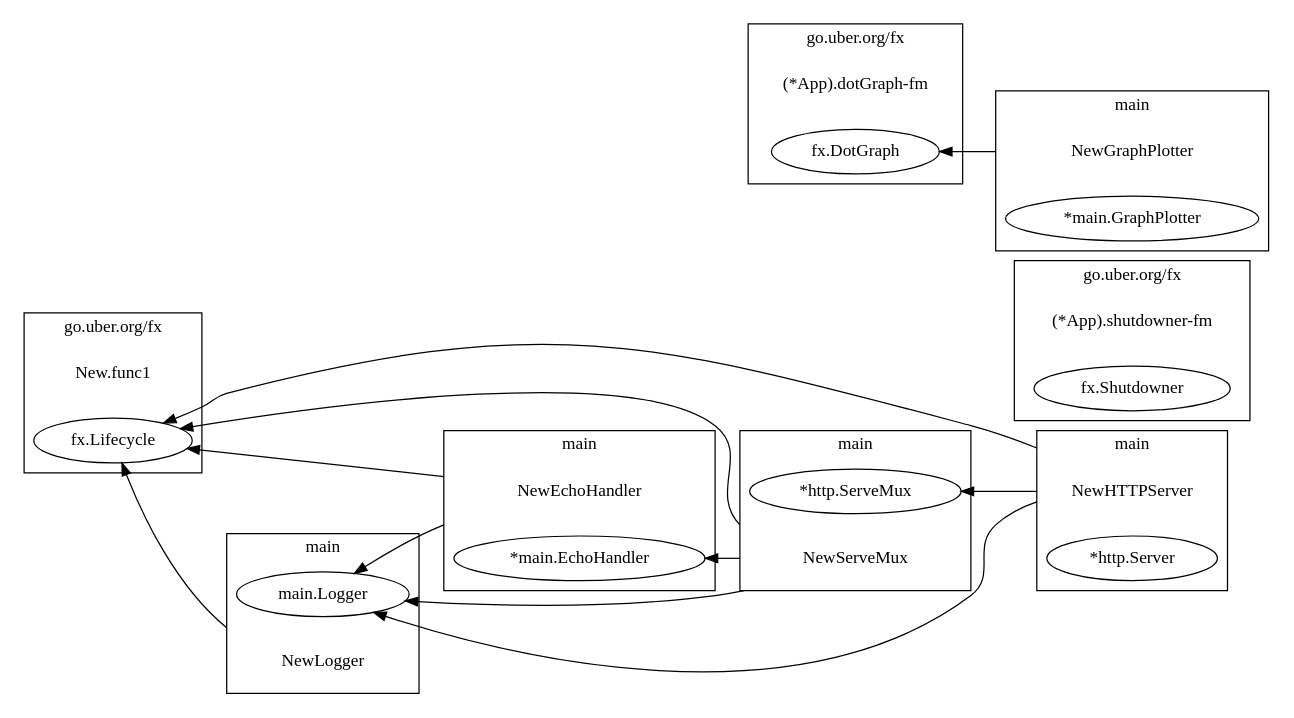
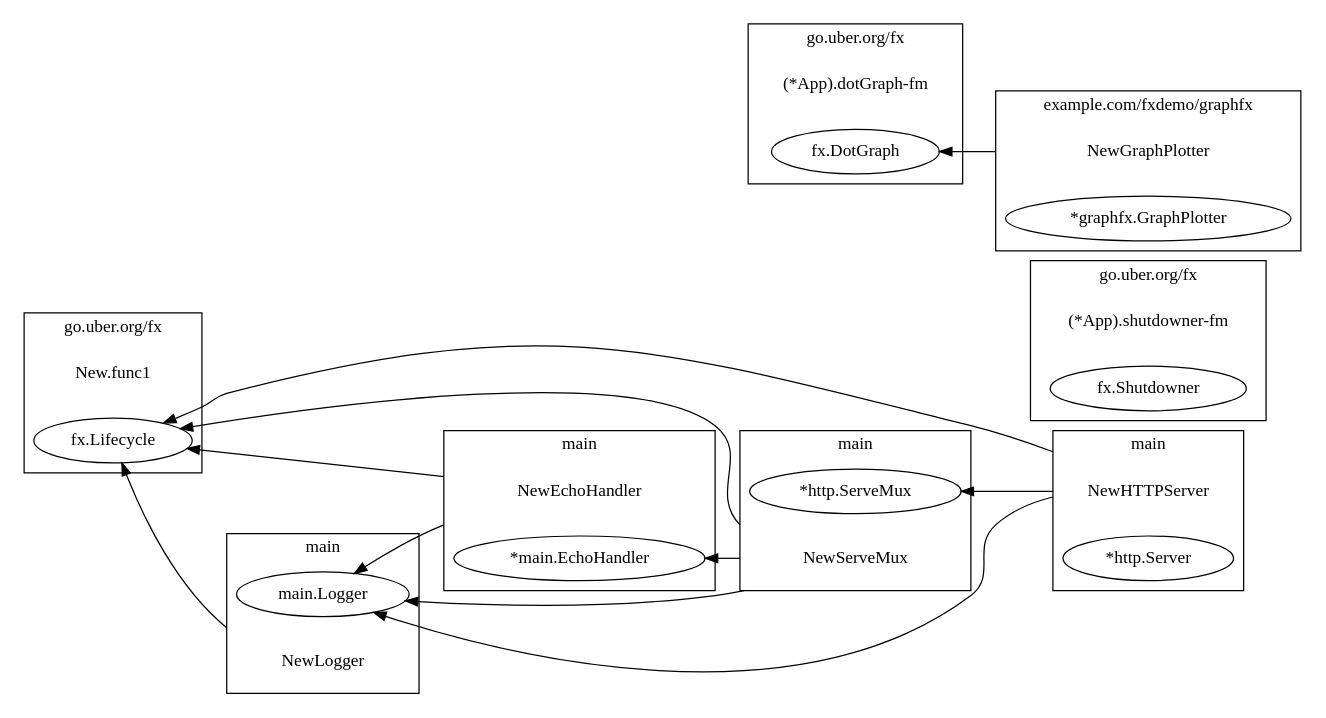
Before and after one commit to gemini-kenshi/fx-demo: the diagram in 1-dependency/dotGraph.dot, drawn with Graphviz. The commit also changed 8 other files, not shown here.

Commit message:
refactor: Move graph to a separate package

```diff
--- a/1-dependency/dotGraph.dot
+++ b/1-dependency/dotGraph.dot
@@ -1,98 +1,98 @@
 digraph {
 	rankdir=RL;
 	graph [compound=true];
 	
 		subgraph cluster_0 {
 			label = "go.uber.org/fx";
 			constructor_0 [shape=plaintext label="New.func1"];
 			
 			"fx.Lifecycle" [label=<fx.Lifecycle>];
 			
 		}
 		
 		
 		subgraph cluster_1 {
 			label = "go.uber.org/fx";
 			constructor_1 [shape=plaintext label="(*App).shutdowner-fm"];
 			
 			"fx.Shutdowner" [label=<fx.Shutdowner>];
 			
 		}
 		
 		
 		subgraph cluster_2 {
 			label = "go.uber.org/fx";
 			constructor_2 [shape=plaintext label="(*App).dotGraph-fm"];
 			
 			"fx.DotGraph" [label=<fx.DotGraph>];
 			
 		}
 		
 		
 		subgraph cluster_3 {
 			label = "main";
 			constructor_3 [shape=plaintext label="NewHTTPServer"];
 			
 			"*http.Server" [label=<*http.Server>];
 			
 		}
 		
 			constructor_3 -> "fx.Lifecycle" [ltail=cluster_3];
 		
 			constructor_3 -> "main.Logger" [ltail=cluster_3];
 		
 			constructor_3 -> "*http.ServeMux" [ltail=cluster_3];
 		
 		
 		subgraph cluster_4 {
 			label = "main";
 			constructor_4 [shape=plaintext label="NewEchoHandler"];
 			
 			"*main.EchoHandler" [label=<*main.EchoHandler>];
 			
 		}
 		
 			constructor_4 -> "fx.Lifecycle" [ltail=cluster_4];
 		
 			constructor_4 -> "main.Logger" [ltail=cluster_4];
 		
 		
 		subgraph cluster_5 {
 			label = "main";
 			constructor_5 [shape=plaintext label="NewServeMux"];
 			
 			"*http.ServeMux" [label=<*http.ServeMux>];
 			
 		}
 		
 			constructor_5 -> "fx.Lifecycle" [ltail=cluster_5];
 		
 			constructor_5 -> "main.Logger" [ltail=cluster_5];
 		
 			constructor_5 -> "*main.EchoHandler" [ltail=cluster_5];
 		
 		
 		subgraph cluster_6 {
 			label = "main";
 			constructor_6 [shape=plaintext label="NewLogger"];
 			
 			"main.Logger" [label=<main.Logger>];
 			
 		}
 		
 			constructor_6 -> "fx.Lifecycle" [ltail=cluster_6];
 		
 		
 		subgraph cluster_7 {
-			label = "main";
+			label = "example.com/fxdemo/graphfx";
 			constructor_7 [shape=plaintext label="NewGraphPlotter"];
 			
-			"*main.GraphPlotter" [label=<*main.GraphPlotter>];
+			"*graphfx.GraphPlotter" [label=<*graphfx.GraphPlotter>];
 			
 		}
 		
 			constructor_7 -> "fx.DotGraph" [ltail=cluster_7];
 		
 		
 	
 }
```
